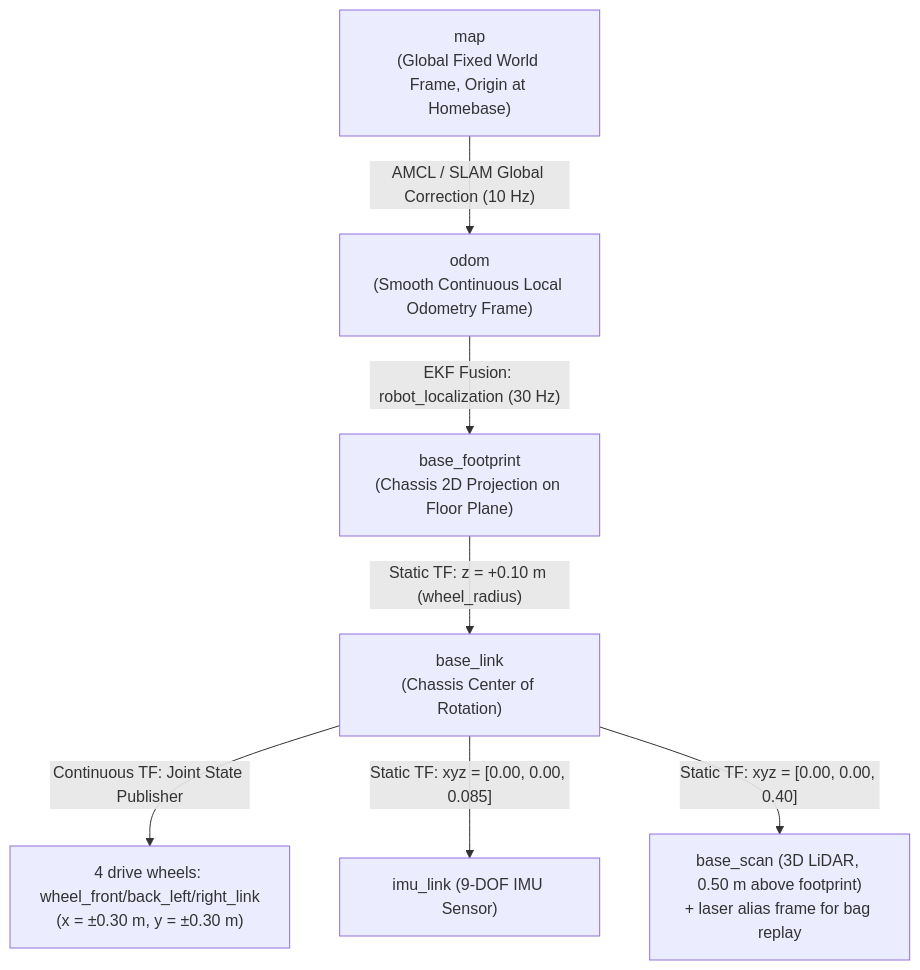
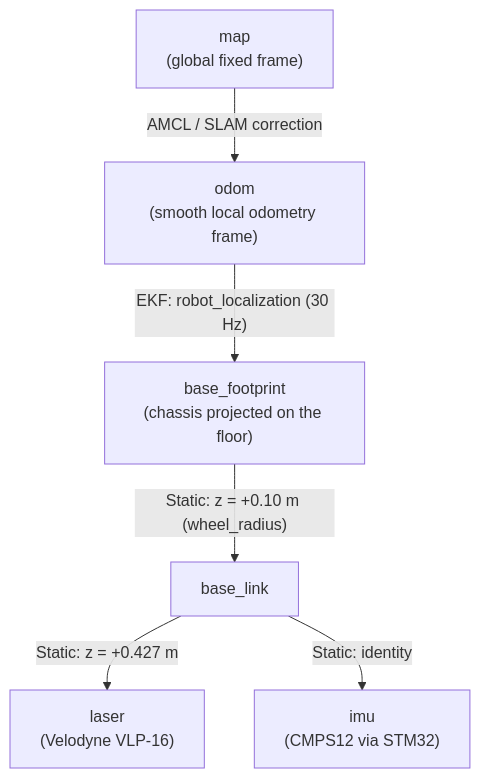
One commit to itbdelaboprogramming/msd700_documentation changed the first of 2 diagrams in docs/development/ros/tf-transforms.md. Above: the diagram before and after it, drawn with Mermaid. The commit also changed other lines of this file and 340 other files, not shown here.

````diff
--- a/docs/development/ros/tf-transforms.md
+++ b/docs/development/ros/tf-transforms.md
@@ -16,12 +18,8 @@
 ```mermaid
 flowchart TD
-  MAP["map<br/>(Global Fixed World Frame, Origin at Homebase)"] -->|"AMCL / SLAM Global Correction (10 Hz)"| ODOM["odom<br/>(Smooth Continuous Local Odometry Frame)"]
-  ODOM -->|"EKF Fusion: robot_localization (30 Hz)"| BASE_FP["base_footprint<br/>(Chassis 2D Projection on Floor Plane)"]
-
-  BASE_FP -->|"Static TF: z = +0.10 m (wheel_radius)"| BASE_LINK["base_link<br/>(Chassis Center of Rotation)"]
-
-  BASE_LINK -->|"Continuous TF: Joint State Publisher"| WHEELS["4 drive wheels: wheel_front/back_left/right_link<br/>(x = ±0.30 m, y = ±0.30 m)"]
-
-  BASE_LINK -->|"Static TF: xyz = [0.00, 0.00, 0.085]"| IMU_LINK["imu_link (9-DOF IMU Sensor)"]
-  BASE_LINK -->|"Static TF: xyz = [0.00, 0.00, 0.40]"| BASE_SCAN["base_scan (3D LiDAR, 0.50 m above footprint)<br/>+ laser alias frame for bag replay"]
+  MAP["map<br/>(global fixed frame)"] -->|"AMCL / SLAM correction"| ODOM["odom<br/>(smooth local odometry frame)"]
+  ODOM -->|"EKF: robot_localization (30 Hz)"| BASE_FP["base_footprint<br/>(chassis projected on the floor)"]
+  BASE_FP -->|"Static: z = +0.10 m (wheel_radius)"| BASE_LINK["base_link"]
+  BASE_LINK -->|"Static: z = +0.427 m"| LASER["laser<br/>(Velodyne VLP-16)"]
+  BASE_LINK -->|"Static: identity"| IMU["imu<br/>(CMPS12 via STM32)"]
 ```
````
